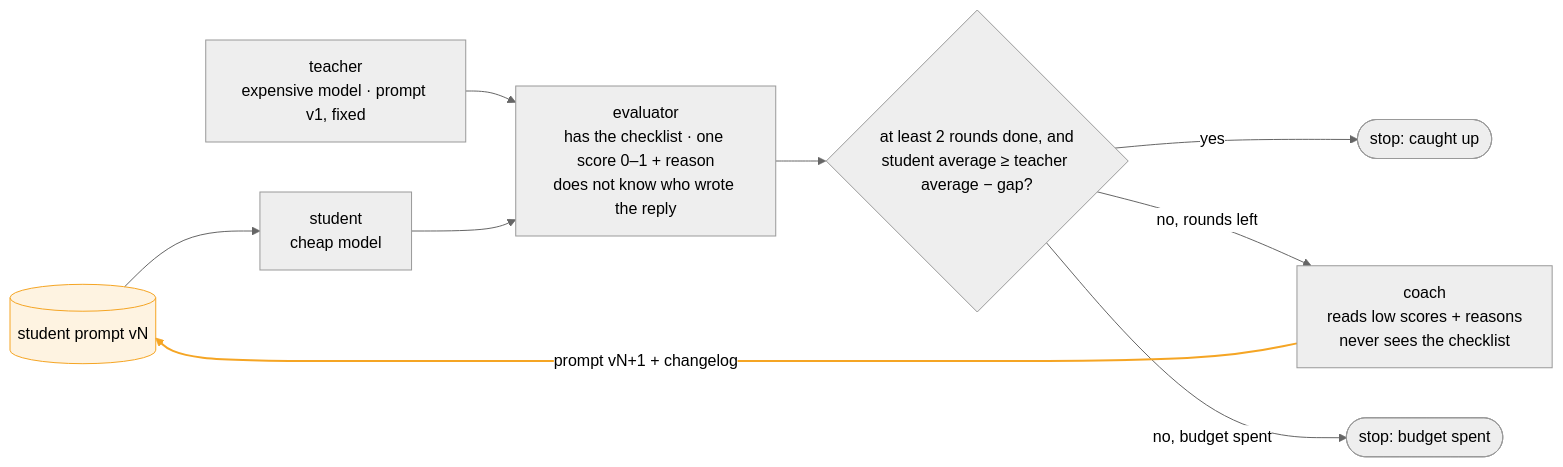
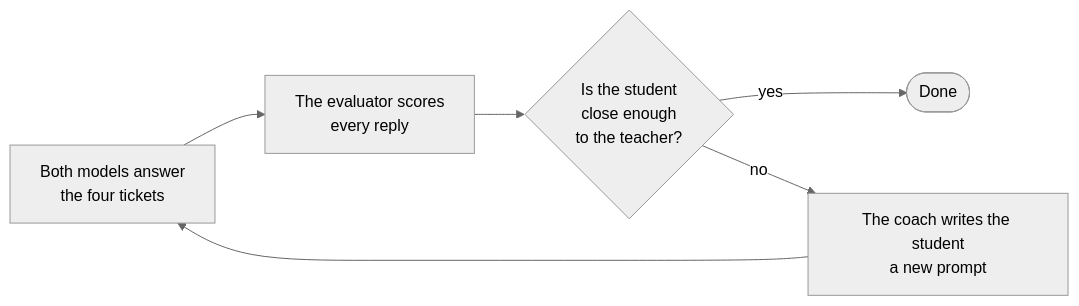
The first of 2 diagrams in README.md (komodorio/hello-world-continual-learning), drawn with Mermaid (neutral theme) before and after one commit. The commit also changed other lines of this file, not shown here.

Commit message:
README: entities list, high-level loop diagram, step-by-step, evaluator/coach examples, the real run with the prompt text that changed

````diff
--- a/README.md
+++ b/README.md
@@ -33,14 +33,8 @@
 ```mermaid
 flowchart LR
-    classDef student fill:#f5a52422,stroke:#f5a524,color:#000
-    P[("student prompt vN")]:::student
-    P --> S[student<br/>cheap model]
-    T[teacher<br/>expensive model · prompt v1, fixed] --> J
-    S --> J[evaluator<br/>has the checklist · one score 0–1 + reason<br/>does not know who wrote the reply]
-    J --> D{at least 2 rounds done, and<br/>student average ≥ teacher average − gap?}
-    D -- yes --> X([stop: caught up])
-    D -- no, rounds left --> C[coach<br/>reads low scores + reasons<br/>never sees the checklist]
-    D -- no, budget spent --> Y([stop: budget spent])
-    C -- "prompt vN+1 + changelog" --> P
-    linkStyle 7 stroke:#f5a524,stroke-width:2px
+    A[Both models answer<br/>the four tickets] --> B[The evaluator scores<br/>every reply]
+    B --> C{Is the student<br/>close enough<br/>to the teacher?}
+    C -- yes --> D([Done])
+    C -- no --> E[The coach writes the student<br/>a new prompt]
+    E --> A
 ```
````
